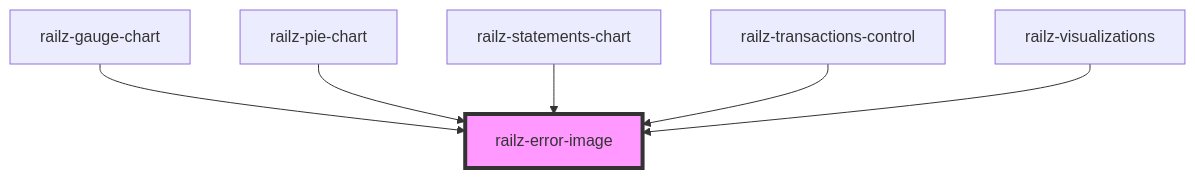
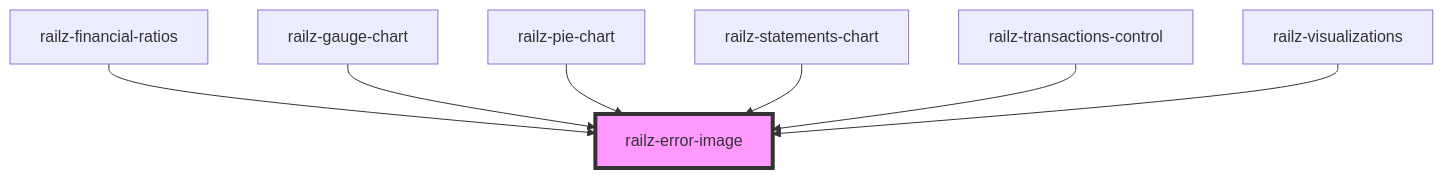
The diagram in packages/components/src/elements/error/readme.md (railz-ai/railz-visualizations), drawn with Mermaid before and after one commit. The commit also changed other lines of this file and 42 other files, not shown here.

First line of the commit message:
Feature/financial ratios (#38)

````diff
--- a/packages/components/src/elements/error/readme.md
+++ b/packages/components/src/elements/error/readme.md
@@ -28,9 +29,10 @@
 ```mermaid
 graph TD;
+  railz-financial-ratios --> railz-error-image
   railz-gauge-chart --> railz-error-image
   railz-pie-chart --> railz-error-image
   railz-statements-chart --> railz-error-image
   railz-transactions-control --> railz-error-image
   railz-visualizations --> railz-error-image
   style railz-error-image fill:#f9f,stroke:#333,stroke-width:4px
 ```
````
